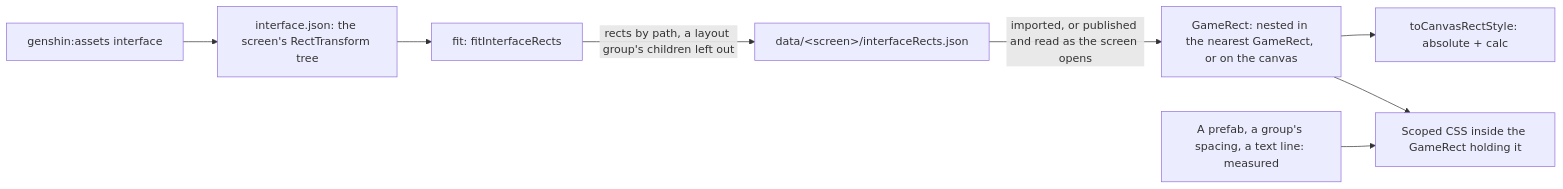
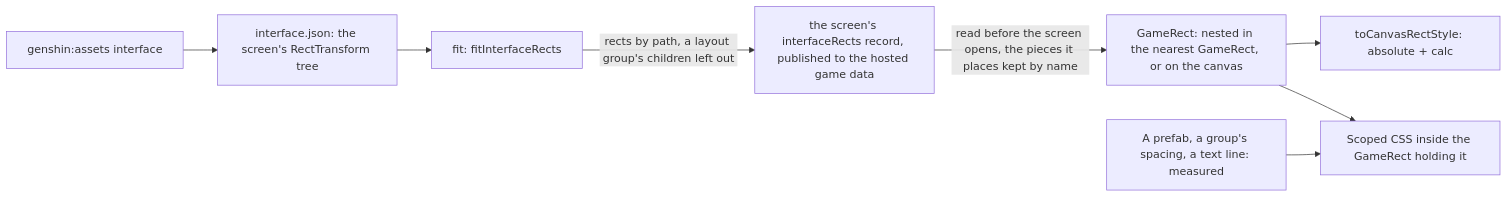
One commit to Esposter/Esposter changed the diagram in apps/web/content/docs/genshin/interface-layout.md. Above: the diagram before and after it, drawn with Mermaid. The commit also changed other lines of this file and 7 other files, not shown here.

First line of the commit message:
docs(genshin): the opening reads its title logo and the login's records from the hosted game data, and each screen's rects are its published record

````diff
--- a/apps/web/content/docs/genshin/interface-layout.md
+++ b/apps/web/content/docs/genshin/interface-layout.md
@@ -12,10 +12,10 @@
 ```mermaid
 flowchart LR
   EX["genshin:assets interface"] --> TREE["interface.json: the screen's RectTransform tree"]
   TREE --> FIT["fit: fitInterfaceRects"]
-  FIT -->|"rects by path, a layout group's children left out"| DATA["data/&lt;screen&gt;/interfaceRects.json"]
-  DATA -->|"imported, or published and read as the screen opens"| RECT["GameRect: nested in the nearest GameRect, or on the canvas"]
+  FIT -->|"rects by path, a layout group's children left out"| DATA["the screen's interfaceRects record, published to the hosted game data"]
+  DATA -->|"read before the screen opens, the pieces it places kept by name"| RECT["GameRect: nested in the nearest GameRect, or on the canvas"]
   RECT --> CSS["toCanvasRectStyle: absolute + calc"]
   MEASURED["A prefab, a group's spacing, a text line: measured"] --> LEAF["Scoped CSS inside the GameRect holding it"]
   RECT --> LEAF
 ```
````
